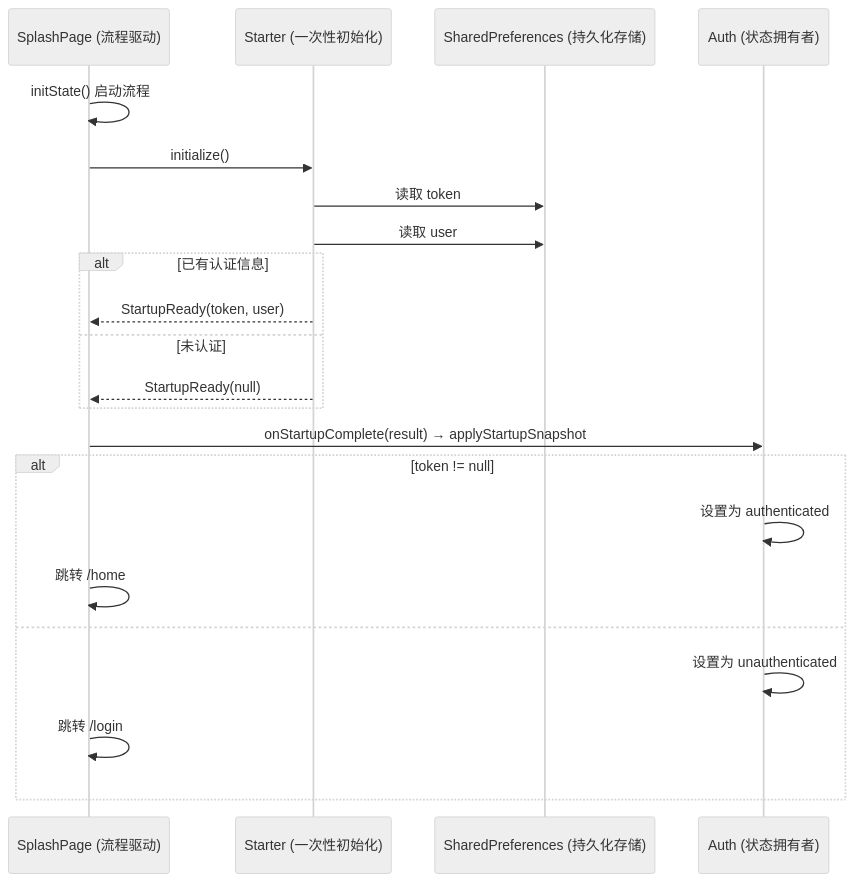
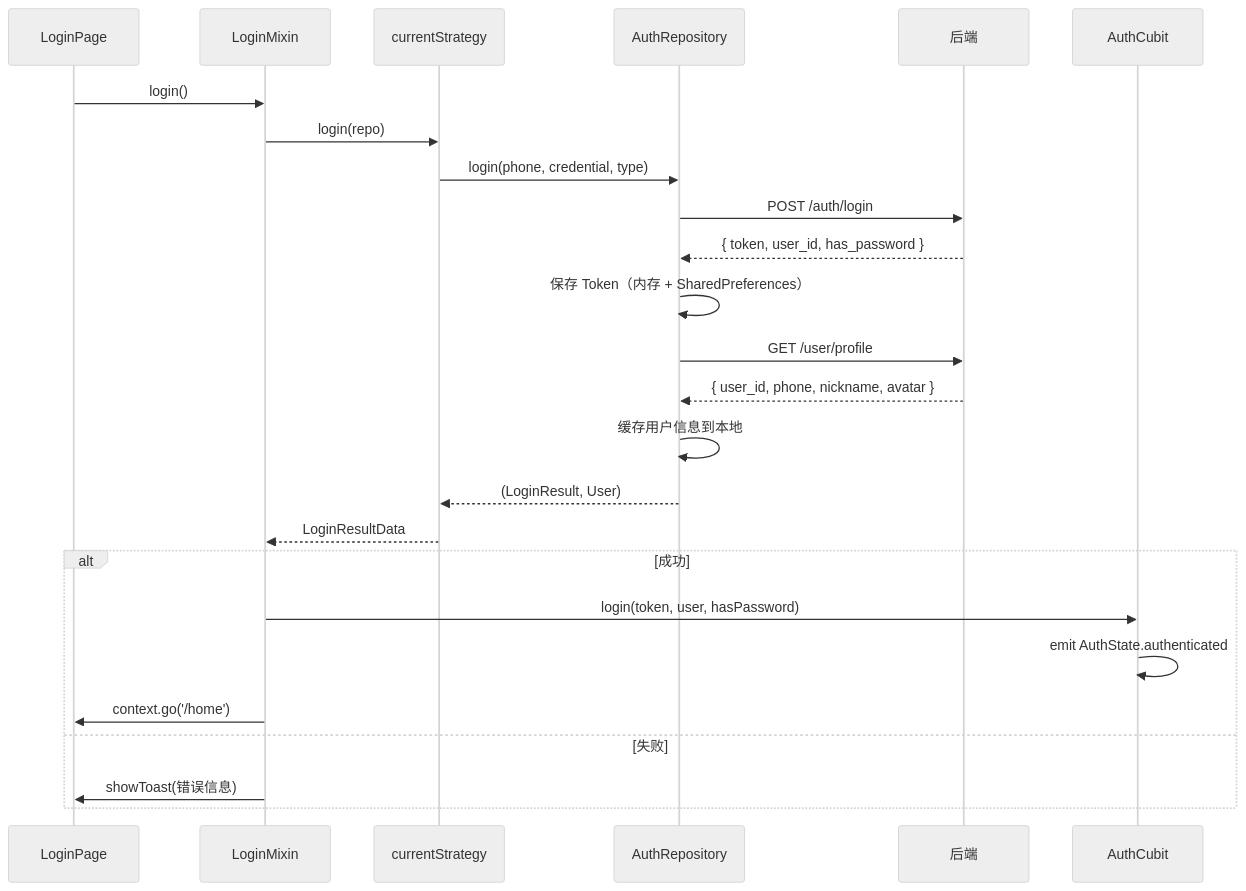
Before and after one commit to millsZCJ/flash_im_by_kiro: the first of 2 diagrams in docs/features/starter/v0.0.1/client/design.md, drawn with Mermaid (neutral theme). The commit also changed other lines of this file and 36 other files, not shown here.

````diff
--- a/docs/features/starter/v0.0.1/client/design.md
+++ b/docs/features/starter/v0.0.1/client/design.md
@@ -77,25 +154,29 @@
 ```mermaid
 sequenceDiagram
-    participant SP as SplashPage (流程驱动)
-    participant SR as Starter (一次性初始化)
-    participant SP2 as SharedPreferences (持久化存储)
-    participant AC as Auth (状态拥有者)
+    participant LP as LoginPage
+    participant M as LoginMixin
+    participant S as currentStrategy
+    participant R as AuthRepository
+    participant API as 后端
+    participant AC as AuthCubit
 
-    SP->>SP: initState() 启动流程
-    SP->>SR: initialize()
-    SR->>SP2: 读取 token
-    SR->>SP2: 读取 user
-    alt 已有认证信息
-        SR-->>SP: StartupReady(token, user)
-    else 未认证
-        SR-->>SP: StartupReady(null)
-    end
-    SP->>AC: onStartupComplete(result) → applyStartupSnapshot
-    alt token != null
-        AC->>AC: 设置为 authenticated
-        SP->>SP: 跳转 /home
-    else
-        AC->>AC: 设置为 unauthenticated
-        SP->>SP: 跳转 /login
+    LP->>M: login()
+    M->>S: login(repo)
+    S->>R: login(phone, credential, type)
+    R->>API: POST /auth/login
+    API-->>R: { token, user_id, has_password }
+    R->>R: 保存 Token（内存 + SharedPreferences）
+    R->>API: GET /user/profile
+    API-->>R: { user_id, phone, nickname, avatar }
+    R->>R: 缓存用户信息到本地
+    R-->>S: (LoginResult, User)
+    S-->>M: LoginResultData
+
+    alt 成功
+        M->>AC: login(token, user, hasPassword)
+        AC->>AC: emit AuthState.authenticated
+        M->>LP: context.go('/home')
+    else 失败
+        M->>LP: showToast(错误信息)
     end
 ```
````
